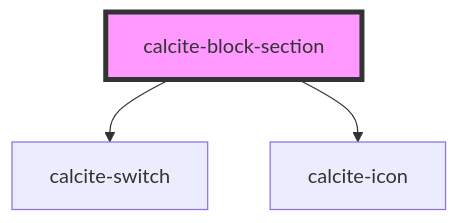
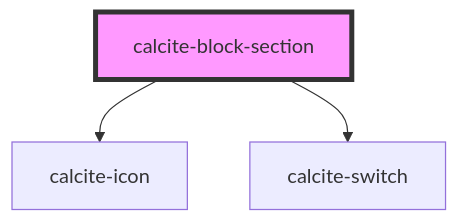
The diagram in src/components/calcite-block-section/readme.md (vikivakarvc/calcite-design-system), drawn with Mermaid before and after one commit. The commit also changed other lines of this file and 1 other file, not shown here.

````diff
--- a/src/components/calcite-block-section/readme.md
+++ b/src/components/calcite-block-section/readme.md
@@ -38,6 +39,6 @@
 ```mermaid
 graph TD;
+  calcite-block-section --> calcite-icon
   calcite-block-section --> calcite-switch
-  calcite-block-section --> calcite-icon
   style calcite-block-section fill:#f9f,stroke:#333,stroke-width:4px
 ```
````
